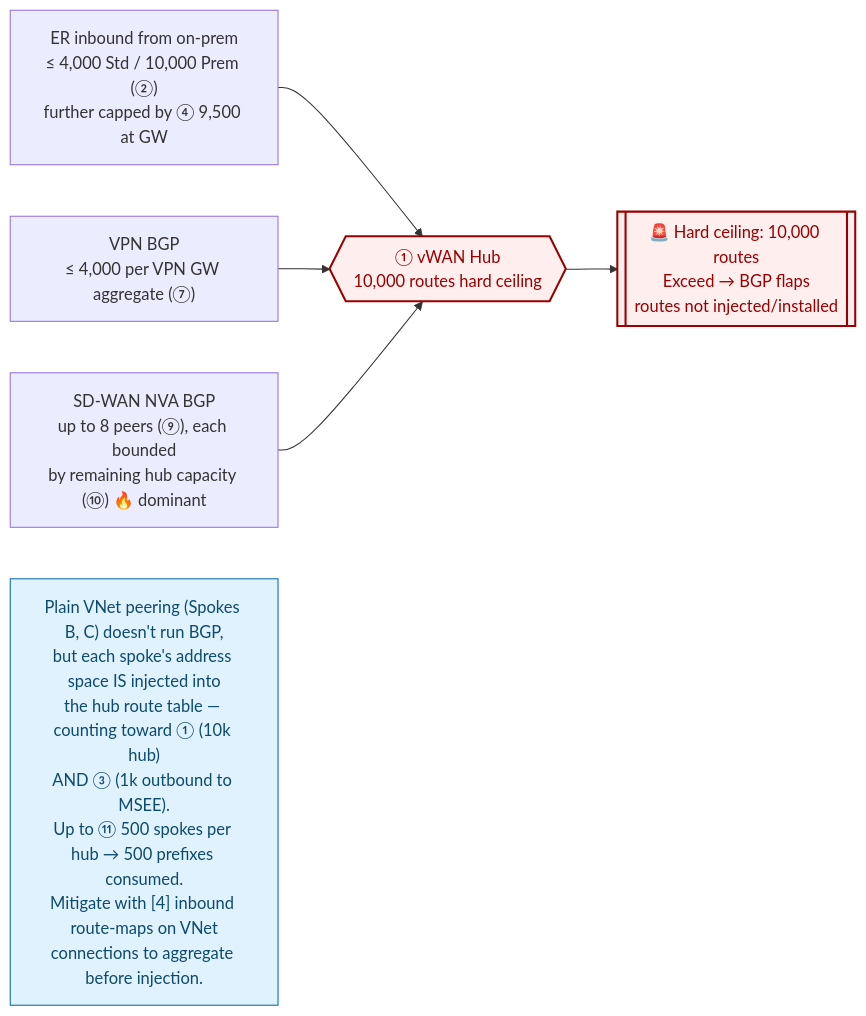
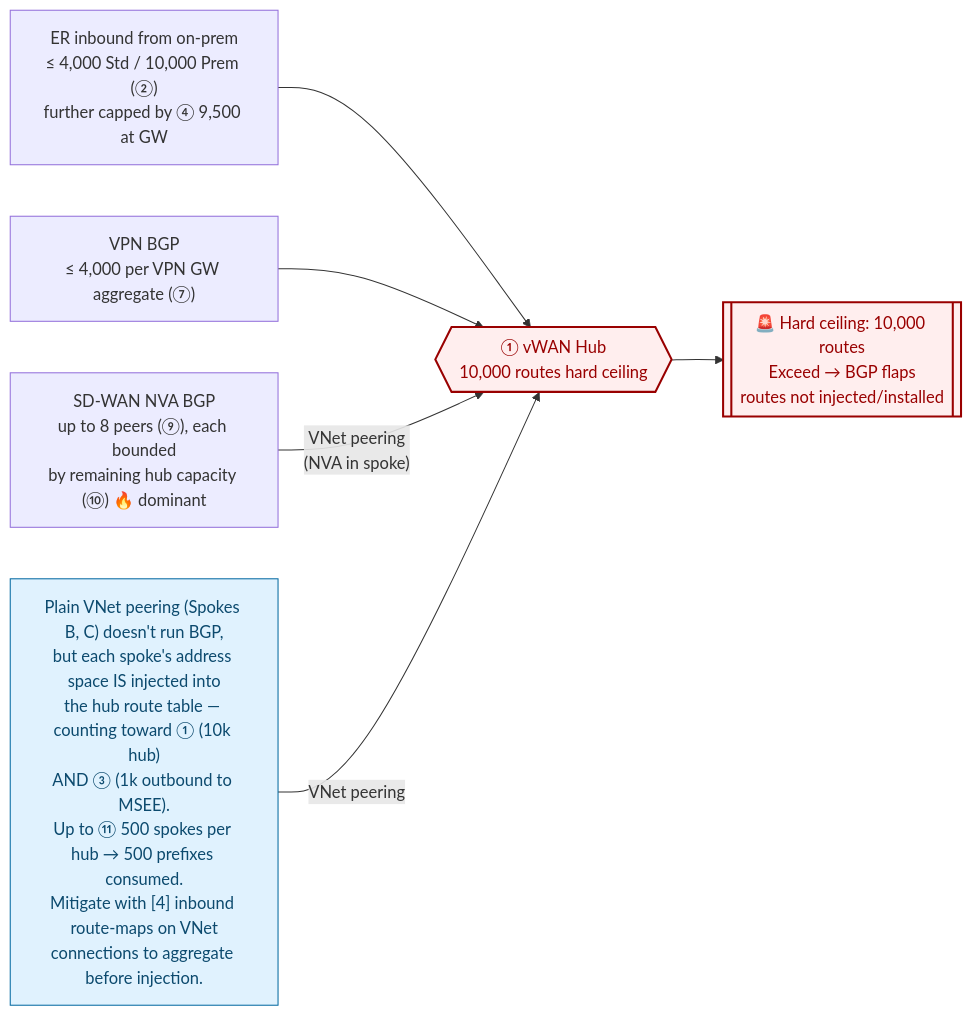
Before and after one commit to adtork/vwan-routing-limits: the second of 3 diagrams in README.md, drawn with Mermaid.

Commit message:
Pile-up diagram: label SD-WAN and Spoke B/C arrows as VNet peering; connect note box to hub

````diff
--- a/README.md
+++ b/README.md
@@ -95,15 +95,14 @@
 ```mermaid
 flowchart LR
     A["ER inbound from on-prem<br/>≤ 4,000 Std / 10,000 Prem (②)<br/>further capped by ④ 9,500 at GW"] --> H{{"① vWAN Hub<br/>10,000 routes hard ceiling"}}
     B["VPN BGP<br/>≤ 4,000 per VPN GW aggregate (⑦)"] --> H
-    C["SD-WAN NVA BGP<br/>up to 8 peers (⑨), each bounded<br/>by remaining hub capacity (⑩) 🔥 dominant"] --> H
+    C["SD-WAN NVA BGP<br/>up to 8 peers (⑨), each bounded<br/>by remaining hub capacity (⑩) 🔥 dominant"] -->|"VNet peering<br/>(NVA in spoke)"| H
+    note["Plain VNet peering (Spokes B, C) doesn't run BGP,<br/>but each spoke's address space IS injected into<br/>the hub route table — counting toward ① (10k hub)<br/>AND ③ (1k outbound to MSEE).<br/>Up to ⑪ 500 spokes per hub → 500 prefixes consumed.<br/>Mitigate with [4] inbound route-maps on VNet<br/>connections to aggregate before injection."] -->|"VNet peering"| H
 
     H --> X[["🚨 Hard ceiling: 10,000 routes<br/>Exceed → BGP flaps<br/>routes not injected/installed"]]
-
-    note["Plain VNet peering (Spokes B, C) doesn't run BGP,<br/>but each spoke's address space IS injected into<br/>the hub route table — counting toward ① (10k hub)<br/>AND ③ (1k outbound to MSEE).<br/>Up to ⑪ 500 spokes per hub → 500 prefixes consumed.<br/>Mitigate with [4] inbound route-maps on VNet<br/>connections to aggregate before injection."]
 
     classDef danger fill:#fee,stroke:#900,stroke-width:2px,color:#900
     classDef info fill:#e0f2fe,stroke:#0369a1,color:#0c4a6e
     class X,H danger
     class note info
 ```
````
